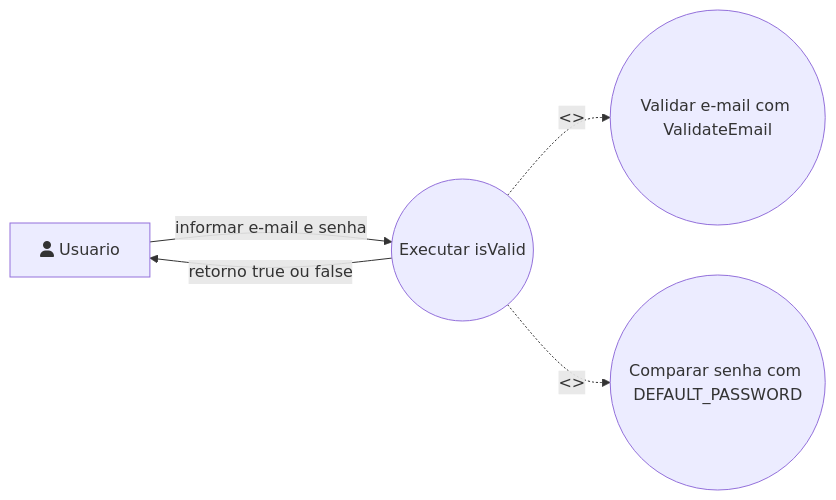
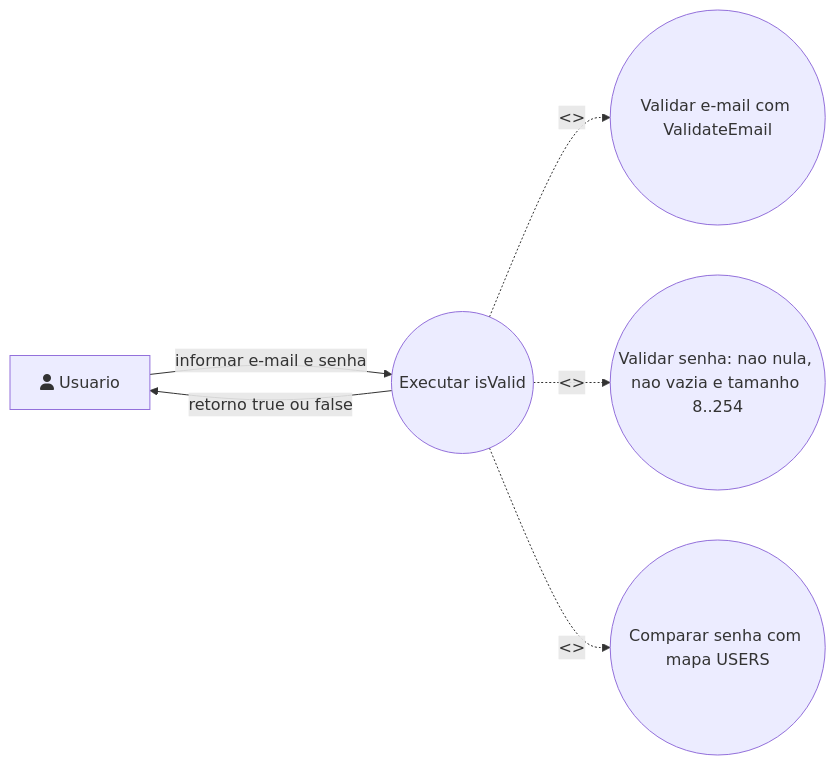
Before and after one commit to RenatoGarciaLopes/JavaIradoNoTxt: the diagram in ValidateLogin/validate-login-use-case.uml.mermaid, drawn with Mermaid. The commit also changed 13 other files, not shown here.

Commit message:
refactor: update UML diagrams and method signatures for ClientRegistration and ClientReport to enhance clarity and consistency

```diff
--- a/ValidateLogin/validate-login-use-case.uml.mermaid
+++ b/ValidateLogin/validate-login-use-case.uml.mermaid
@@ -1,10 +1,12 @@
 flowchart LR
     A[fa:fa-user Usuario]
     B((Executar isValid))
     C((Validar e-mail com ValidateEmail))
-    D((Comparar senha com DEFAULT_PASSWORD))
+    D((Validar senha: nao nula, nao vazia e tamanho 8..254))
+    E((Comparar senha com mapa USERS))
 
     A -->|informar e-mail e senha| B
     B -.->|"<<include>>"| C
     B -.->|"<<include>>"| D
+    B -.->|"<<include>>"| E
     B -->|retorno true ou false| A
```
